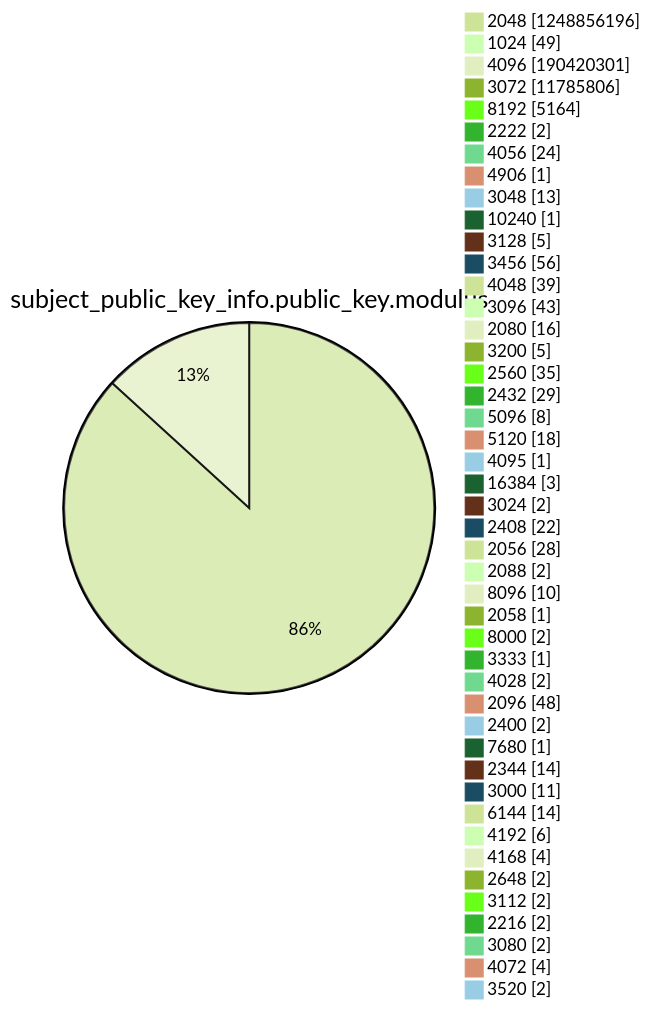
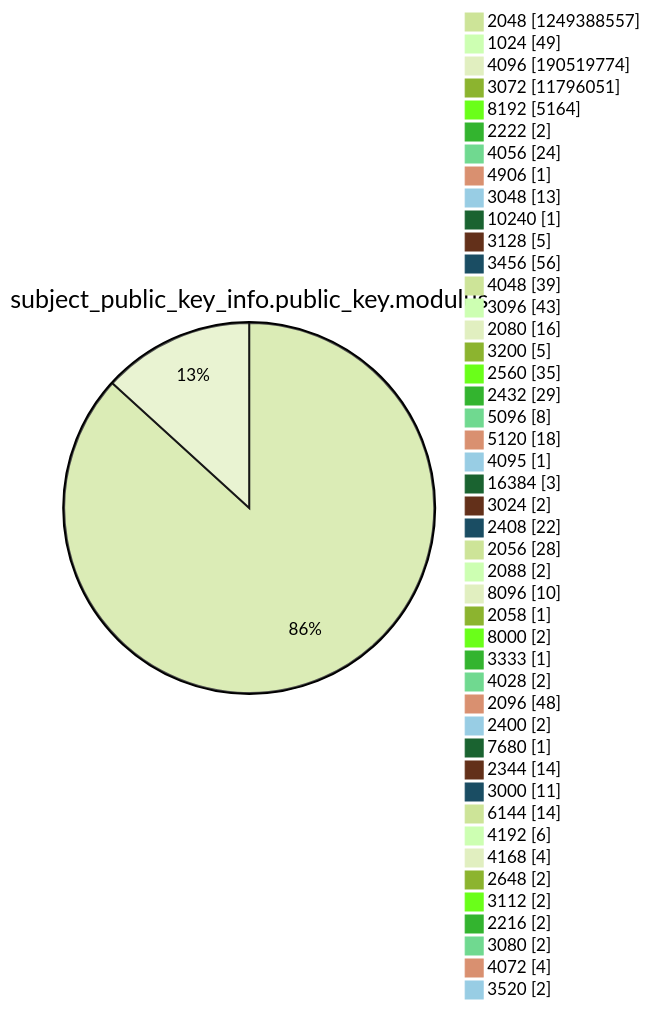
One commit to christiankrug/ctmonitor_visualization changed diagram 13 of 15 in xenon2022/README.md. Above: the diagram before and after it, drawn with Mermaid (forest theme). The commit also changed other lines of this file, not shown here.

````diff
--- a/xenon2022/README.md
+++ b/xenon2022/README.md
@@ -3919,49 +3919,49 @@
 ```mermaid
 pie showData
 title subject_public_key_info.public_key.modulus
-"2048" :1248856196
+"2048" :1249388557
 "1024" :49
-"4096" :190420301
-"3072" :11785806
+"4096" :190519774
+"3072" :11796051
 "8192" :5164
 "2222" :2
 "4056" :24
 "4906" :1
 "3048" :13
 "10240" :1
 "3128" :5
 "3456" :56
 "4048" :39
 "3096" :43
 "2080" :16
 "3200" :5
 "2560" :35
 "2432" :29
 "5096" :8
 "5120" :18
 "4095" :1
 "16384" :3
 "3024" :2
 "2408" :22
 "2056" :28
 "2088" :2
 "8096" :10
 "2058" :1
 "8000" :2
 "3333" :1
 "4028" :2
 "2096" :48
 "2400" :2
 "7680" :1
 "2344" :14
 "3000" :11
 "6144" :14
 "4192" :6
 "4168" :4
 "2648" :2
 "3112" :2
 "2216" :2
 "3080" :2
 "4072" :4
 "3520" :2
 ```
````
